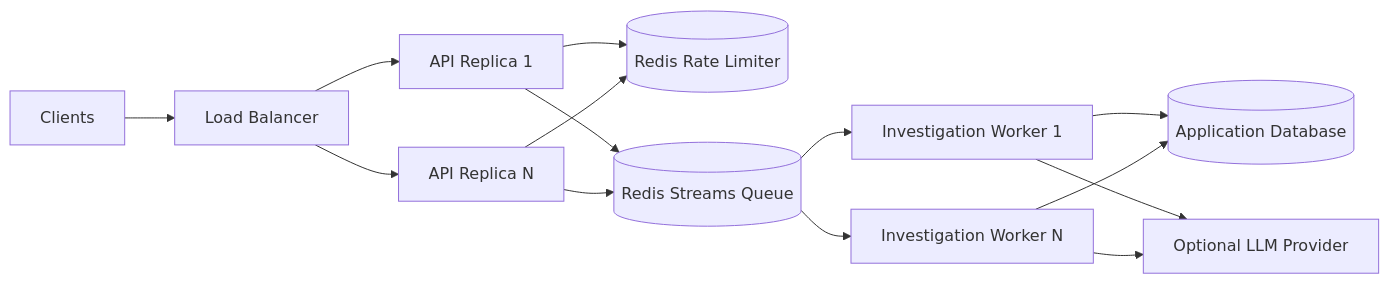
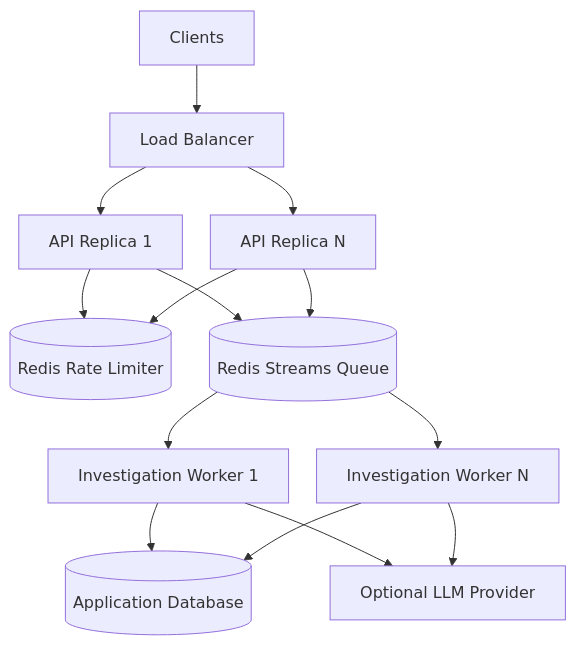
Before and after one commit to Dikshu015/RazorRisk-Agentic-AI-Payment-Fraud-Risk-Investigation-Platform: diagram 16 of 21 in README.md, drawn with Mermaid. The commit also changed other lines of this file and 7 other files, not shown here.

````diff
--- a/README.md
+++ b/README.md
@@ -764,16 +781,17 @@
 ```mermaid
-flowchart LR
+%%{init: {'flowchart': {'nodeSpacing': 28, 'rankSpacing': 48}}}%%
+flowchart TB
     C[Clients] --> LB[Load Balancer]
     LB --> A1[API Replica 1]
     LB --> A2[API Replica N]
     A1 --> RL[(Redis Rate Limiter)]
     A2 --> RL
     A1 --> Q[(Redis Streams Queue)]
     A2 --> Q
     Q --> W1[Investigation Worker 1]
     Q --> W2[Investigation Worker N]
     W1 --> DB[(Application Database)]
     W2 --> DB
     W1 --> LLM[Optional LLM Provider]
     W2 --> LLM
 ```
````
